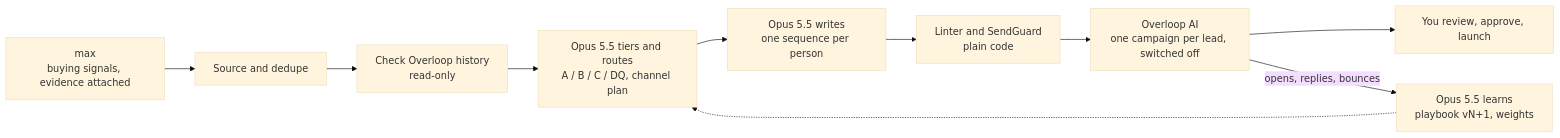
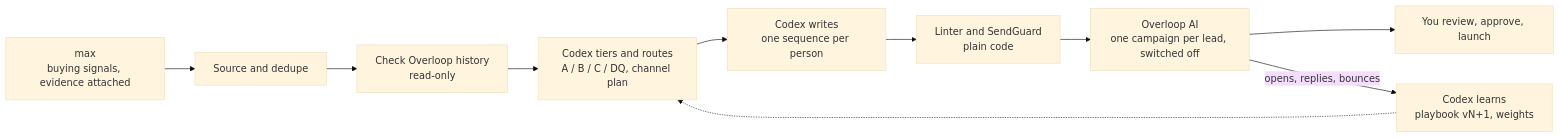
The diagram in README.md (miraeeon/voidrip-gtm-engine), drawn with Mermaid (base theme) before and after one commit. The commit also changed other lines of this file and 29 other files, not shown here.

````diff
--- a/README.md
+++ b/README.md
@@ -48,12 +48,12 @@
 ```mermaid
 flowchart LR
     S["max<br/>buying signals, evidence attached"] --> A["Source and dedupe"]
     A --> B["Check Overloop history<br/>read-only"]
-    B --> C["Opus 5.5 tiers and routes<br/>A / B / C / DQ, channel plan"]
-    C --> D["Opus 5.5 writes<br/>one sequence per person"]
+    B --> C["Codex tiers and routes<br/>A / B / C / DQ, channel plan"]
+    C --> D["Codex writes<br/>one sequence per person"]
     D --> E["Linter and SendGuard<br/>plain code"]
     E --> F["Overloop AI<br/>one campaign per lead, switched off"]
     F --> H["You review, approve, launch"]
-    F -- "opens, replies, bounces" --> L["Opus 5.5 learns<br/>playbook vN+1, weights"]
+    F -- "opens, replies, bounces" --> L["Codex learns<br/>playbook vN+1, weights"]
     L -.-> C
 ```
````
